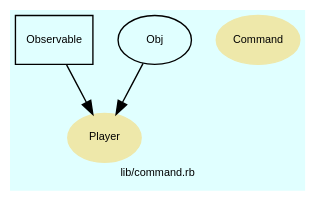
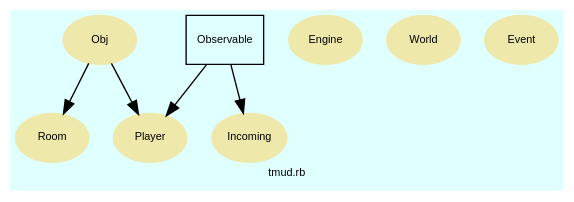
One commit to Tyche/teensymud changed the diagram in doc/dot/f_2.dot. Above: the diagram before and after it, drawn with Graphviz. The commit also changed 160 other files, not shown here.

```diff
--- a/doc/dot/f_2.dot
+++ b/doc/dot/f_2.dot
@@ -1,50 +1,98 @@
 digraph TopLevel {
     compound = true
     bgcolor = lightcyan1
     fontname = Arial
     fontsize = 8
-    label = "lib/command.rb"
+    label = "tmud.rb"
     node [
         fontname = Arial,
         fontsize = 8,
         color = black
     ]
 
     Player [
         fontcolor = black,
         URL = "classes/Player.html",
         shape = ellipse,
         color = palegoldenrod,
         style = filled,
         label = "Player"
     ]
 
-    Command [
+    Obj [
         fontcolor = black,
-        URL = "classes/Command.html",
+        URL = "classes/Obj.html",
         shape = ellipse,
         color = palegoldenrod,
         style = filled,
-        label = "Command"
+        label = "Obj"
+    ]
+
+    Engine [
+        fontcolor = black,
+        URL = "classes/Engine.html",
+        shape = ellipse,
+        color = palegoldenrod,
+        style = filled,
+        label = "Engine"
+    ]
+
+    Room [
+        fontcolor = black,
+        URL = "classes/Room.html",
+        shape = ellipse,
+        color = palegoldenrod,
+        style = filled,
+        label = "Room"
+    ]
+
+    World [
+        fontcolor = black,
+        URL = "classes/World.html",
+        shape = ellipse,
+        color = palegoldenrod,
+        style = filled,
+        label = "World"
+    ]
+
+    Event [
+        fontcolor = black,
+        URL = "classes/Event.html",
+        shape = ellipse,
+        color = palegoldenrod,
+        style = filled,
+        label = "Event"
+    ]
+
+    Incoming [
+        fontcolor = black,
+        URL = "classes/Incoming.html",
+        shape = ellipse,
+        color = palegoldenrod,
+        style = filled,
+        label = "Incoming"
     ]
 
     Observable [
         URL = "classes/Observable.html",
         shape = box,
         label = "Observable"
     ]
 
     Observable -> Player [
 
     ]
 
-    Obj [
-        URL = "classes/Obj.html",
-        label = "Obj"
-    ]
-
     Obj -> Player [
 
     ]
 
+    Obj -> Room [
+
+    ]
+
+    Observable -> Incoming [
+
+    ]
+
 }
```
